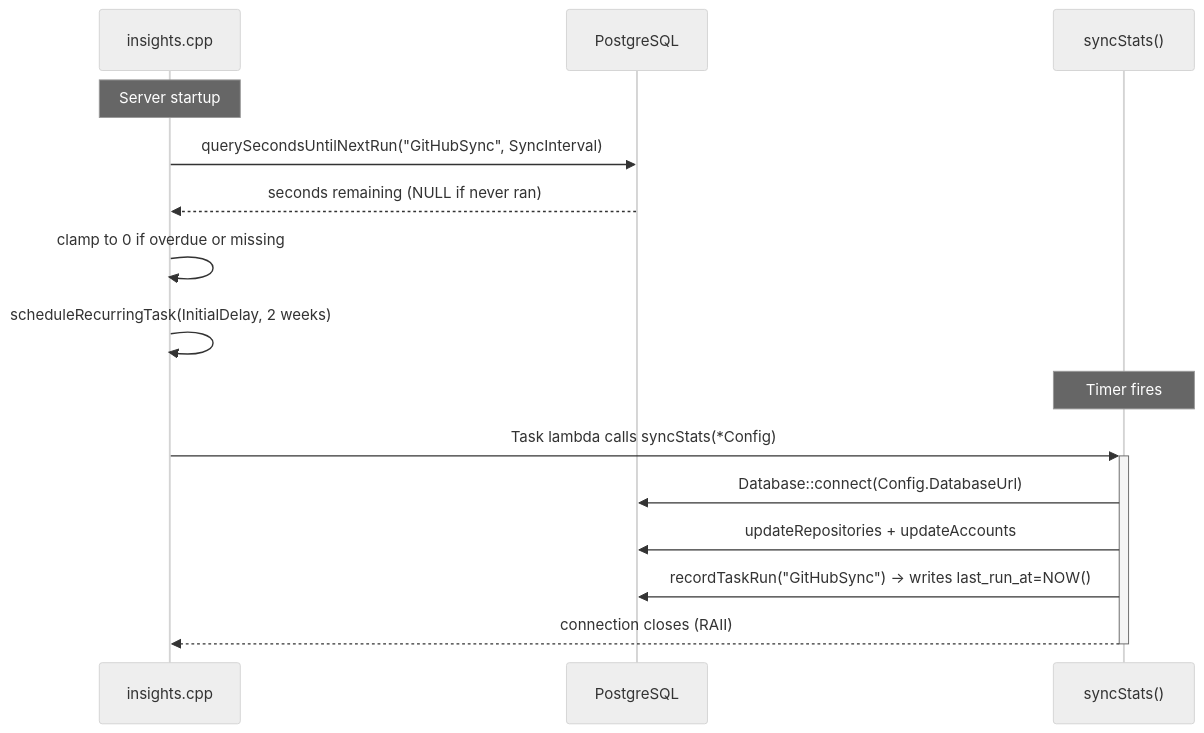
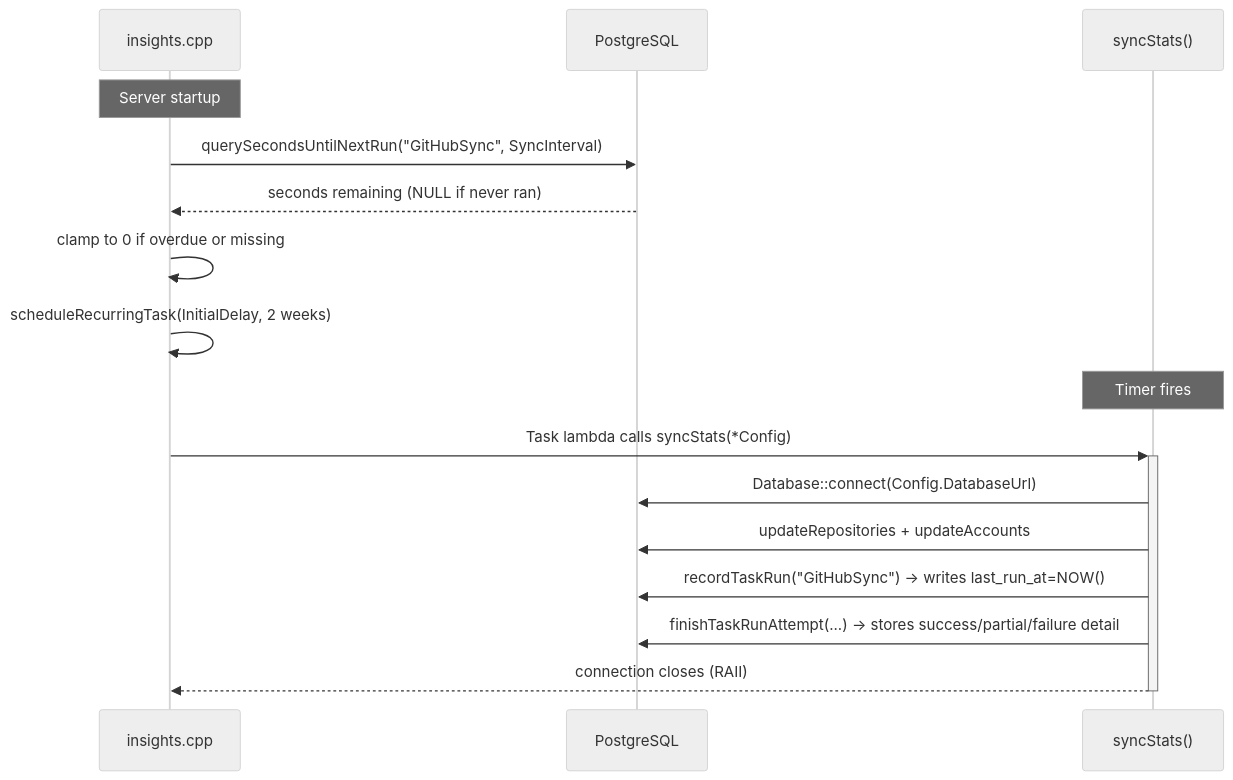
One commit to guzman109/icicle-insights changed the diagram in docs/task-persistence.md. Above: the diagram before and after it, drawn with Mermaid (neutral theme). The commit also changed other lines of this file and 13 other files, not shown here.

Commit message:
Add task attempt tracking and admin repo sync

````diff
--- a/docs/task-persistence.md
+++ b/docs/task-persistence.md
@@ -40,19 +64,20 @@
 ```mermaid
 sequenceDiagram
     participant App as insights.cpp
     participant DB as PostgreSQL
     participant Task as syncStats()
 
     Note over App: Server startup
     App->>DB: querySecondsUntilNextRun("GitHubSync", SyncInterval)
     DB-->>App: seconds remaining (NULL if never ran)
     App->>App: clamp to 0 if overdue or missing
     App->>App: scheduleRecurringTask(InitialDelay, 2 weeks)
 
     Note over Task: Timer fires
     App->>+Task: Task lambda calls syncStats(*Config)
     Task->>DB: Database::connect(Config.DatabaseUrl)
     Task->>DB: updateRepositories + updateAccounts
     Task->>DB: recordTaskRun("GitHubSync") → writes last_run_at=NOW()
+    Task->>DB: finishTaskRunAttempt(...) → stores success/partial/failure detail
     Task-->>-App: connection closes (RAII)
 ```
````
